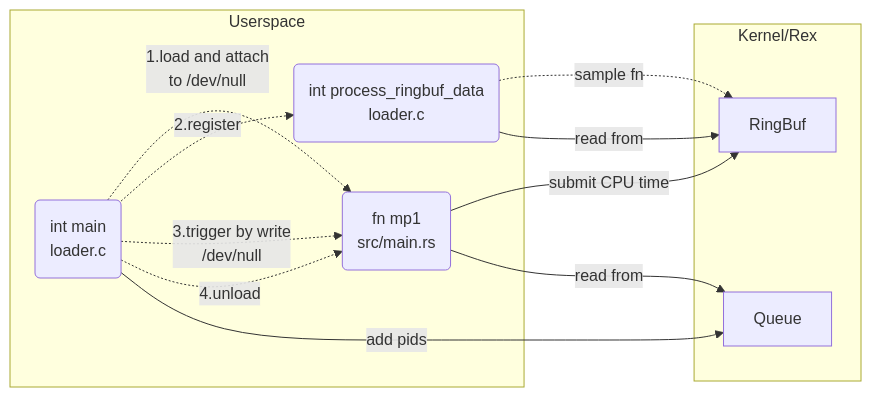
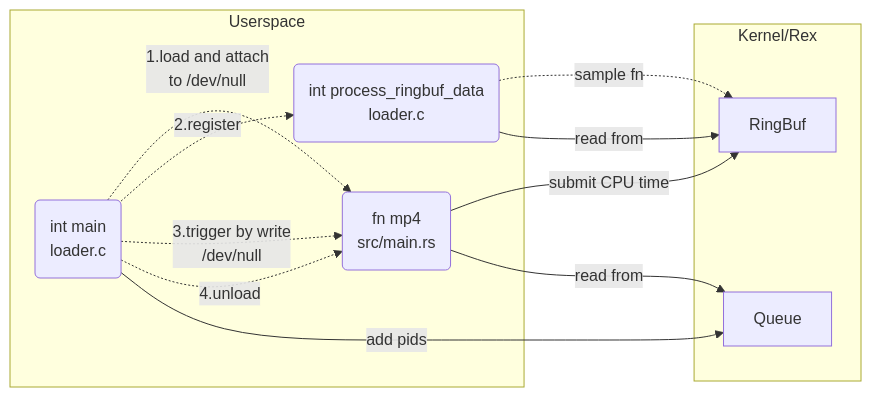
One commit to cs423-uiuc-fall25/rex-mp4-template changed the diagram in README.md. Above: the diagram before and after it, drawn with Mermaid. The commit also changed other lines of this file, not shown here.

Commit message:
mp1 -> mp4 though it's actually mp1 in some ways

````diff
--- a/README.md
+++ b/README.md
@@ -44,19 +44,19 @@
 ```mermaid
 flowchart LR
-	mp1(fn mp1<br>src/main.rs)
+	mp4(fn mp4<br>src/main.rs)
 	subgraph Kernel/Rex
 	    Queue
 	    RingBuf
 	end
 	subgraph Userspace
-		loader-.->|1.load and attach<br>to /dev/null|mp1
+		loader-.->|1.load and attach<br>to /dev/null|mp4
 		loader-.->|2.register|ringbuffn(int process_ringbuf_data<br>loader.c)-.->|sample fn|RingBuf
-		loader-.->|3.trigger by write<br>/dev/null|mp1
-		loader-.->|4.unload|mp1
+		loader-.->|3.trigger by write<br>/dev/null|mp4
+		loader-.->|4.unload|mp4
 	end
 	loader(int main<br>loader.c)
-	mp1-->|submit CPU time|RingBuf
-	mp1-->|read from|Queue
+	mp4-->|submit CPU time|RingBuf
+	mp4-->|read from|Queue
 	loader-->|add pids|Queue
 	ringbuffn-->|read from|RingBuf
 ```
````
